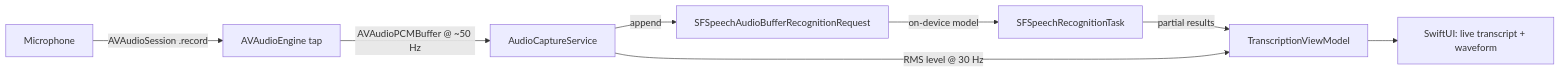
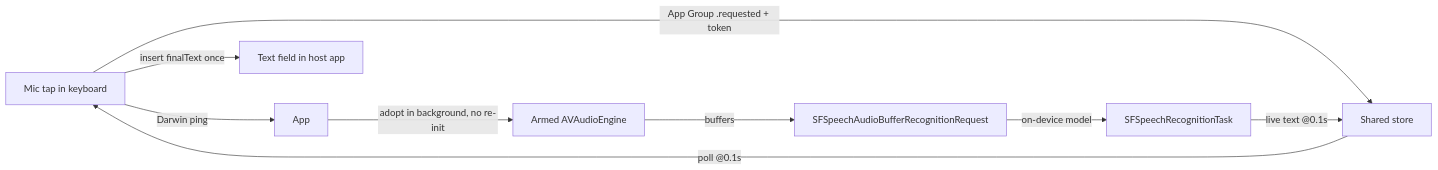
The diagram in README.md (jingyuy/voiceinput), drawn with Mermaid before and after one commit. The commit also changed other lines of this file and 20 other files, not shown here.

````diff
--- a/README.md
+++ b/README.md
@@ -51,10 +53,11 @@
 ```mermaid
 flowchart LR
-    Mic[Microphone] -->|AVAudioSession .record| Engine[AVAudioEngine tap]
-    Engine -->|AVAudioPCMBuffer @ ~50 Hz| Buffer[AudioCaptureService]
-    Buffer -->|append| Req[SFSpeechAudioBufferRecognitionRequest]
+    KB[Mic tap in keyboard] -->|App Group .requested + token| Shared[Shared store]
+    KB -->|Darwin ping| App
+    App -->|adopt in background, no re-init| Engine[Armed AVAudioEngine]
+    Engine -->|buffers| Req[SFSpeechAudioBufferRecognitionRequest]
     Req -->|on-device model| Task[SFSpeechRecognitionTask]
-    Task -->|partial results| VM[TranscriptionViewModel]
-    Buffer -->|RMS level @ 30 Hz| VM
-    VM --> UI[SwiftUI: live transcript + waveform]
+    Task -->|live text @0.1s| Shared
+    Shared -->|poll @0.1s| KB
+    KB -->|insert finalText once| Notes[Text field in host app]
 ```
````
